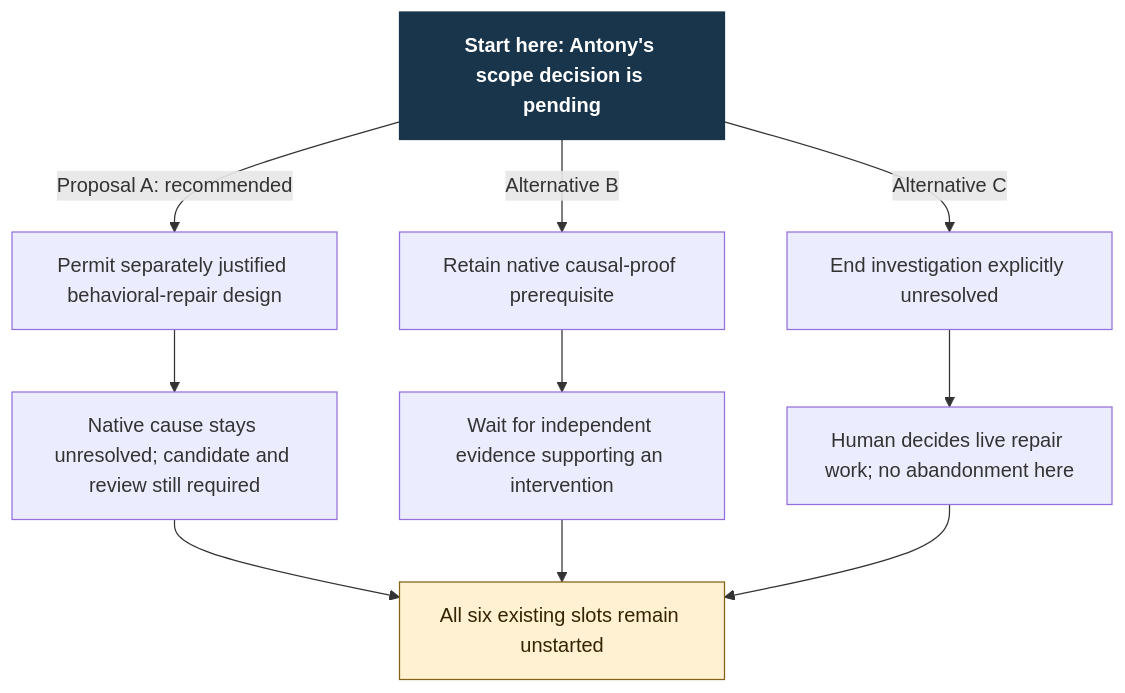
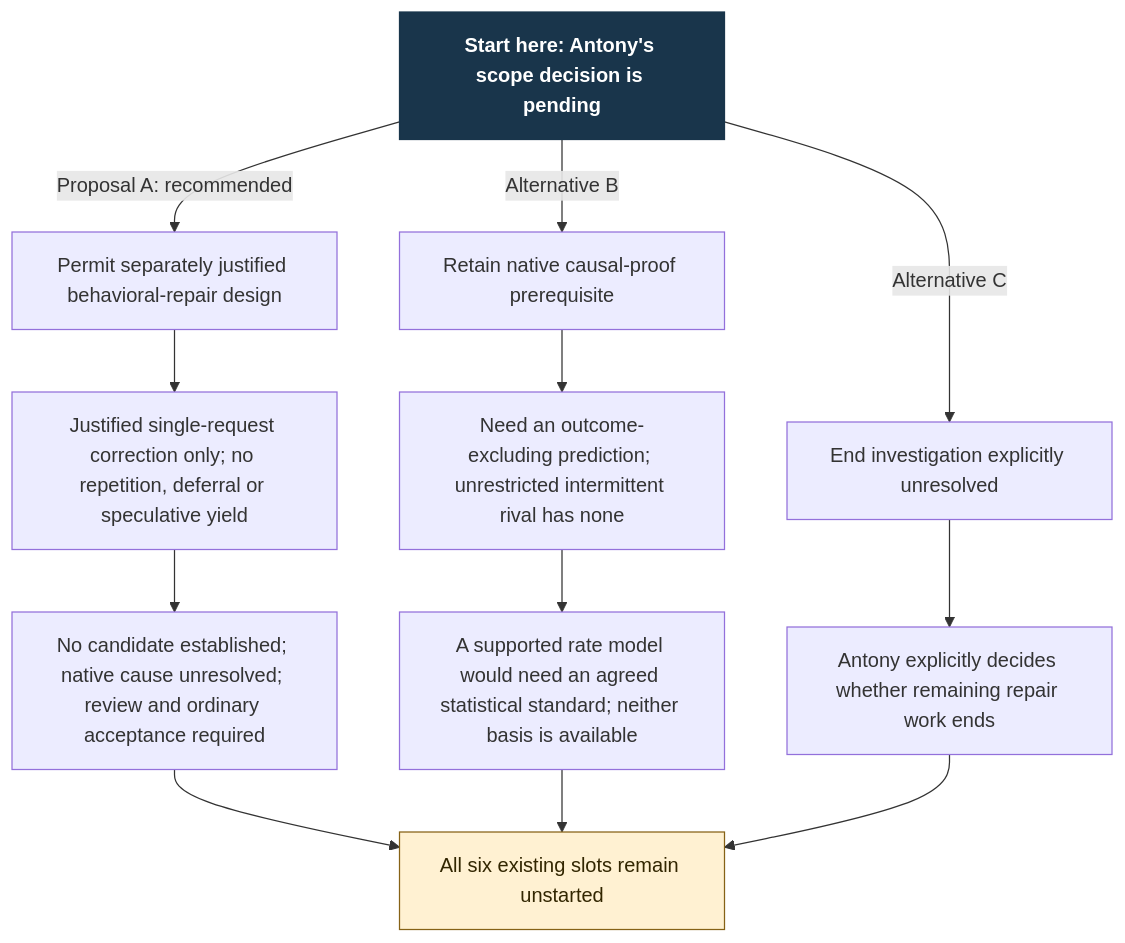
The diagram in docs/design/architecture/settings-activation/scope-choice.mmd (Linkuistics/Koine), drawn with Mermaid before and after one commit. The commit also changed 14 other files, not shown here.

```diff
--- a/docs/design/architecture/settings-activation/scope-choice.mmd
+++ b/docs/design/architecture/settings-activation/scope-choice.mmd
@@ -1,13 +1,15 @@
 flowchart TD
     S["Start here: Antony's scope decision is pending"]:::start
     S -->|Proposal A: recommended| A["Permit separately justified behavioral-repair design"]
     S -->|Alternative B| B["Retain native causal-proof prerequisite"]
     S -->|Alternative C| C["End investigation explicitly unresolved"]
-    A --> A1["Native cause stays unresolved; candidate and review still required"]
-    B --> B1["Wait for independent evidence supporting an intervention"]
-    C --> C1["Human decides live repair work; no abandonment here"]
-    A1 --> H["All six existing slots remain unstarted"]:::hold
-    B1 --> H
+    A --> A1["Justified single-request correction only; no repetition, deferral or speculative yield"]
+    A1 --> A2["No candidate established; native cause unresolved; review and ordinary acceptance required"]
+    B --> B1["Need an outcome-excluding prediction; unrestricted intermittent rival has none"]
+    B1 --> B2["A supported rate model would need an agreed statistical standard; neither basis is available"]
+    C --> C1["Antony explicitly decides whether remaining repair work ends"]
+    A2 --> H["All six existing slots remain unstarted"]:::hold
+    B2 --> H
     C1 --> H
     classDef start fill:#19354b,color:#fff,font-weight:bold,stroke:#19354b
     classDef hold fill:#fff1d2,color:#322600,stroke:#866216
```
